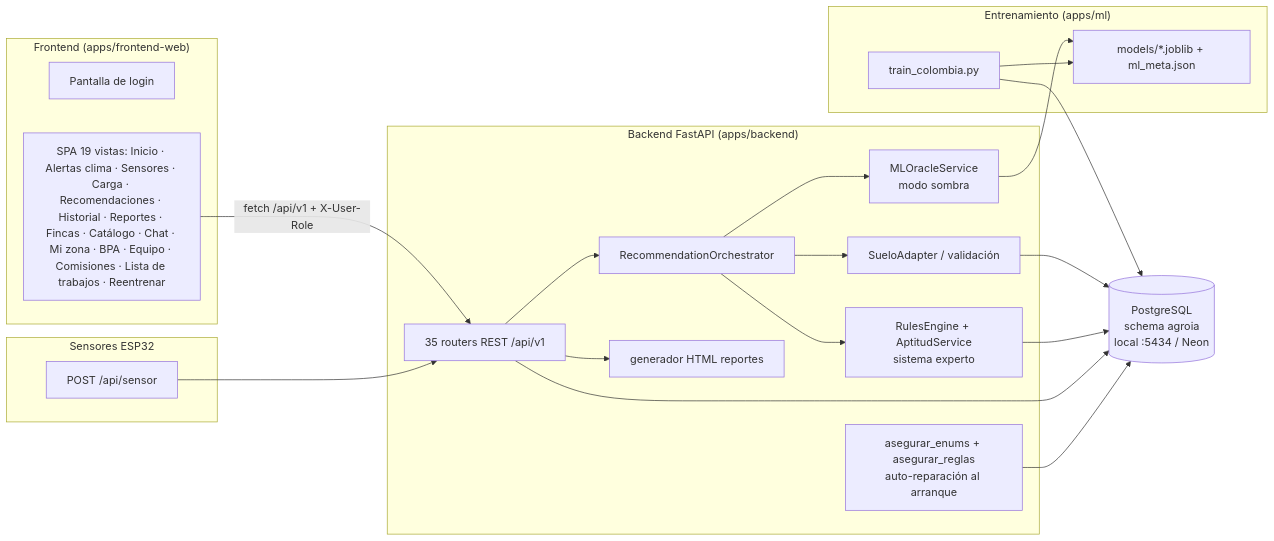
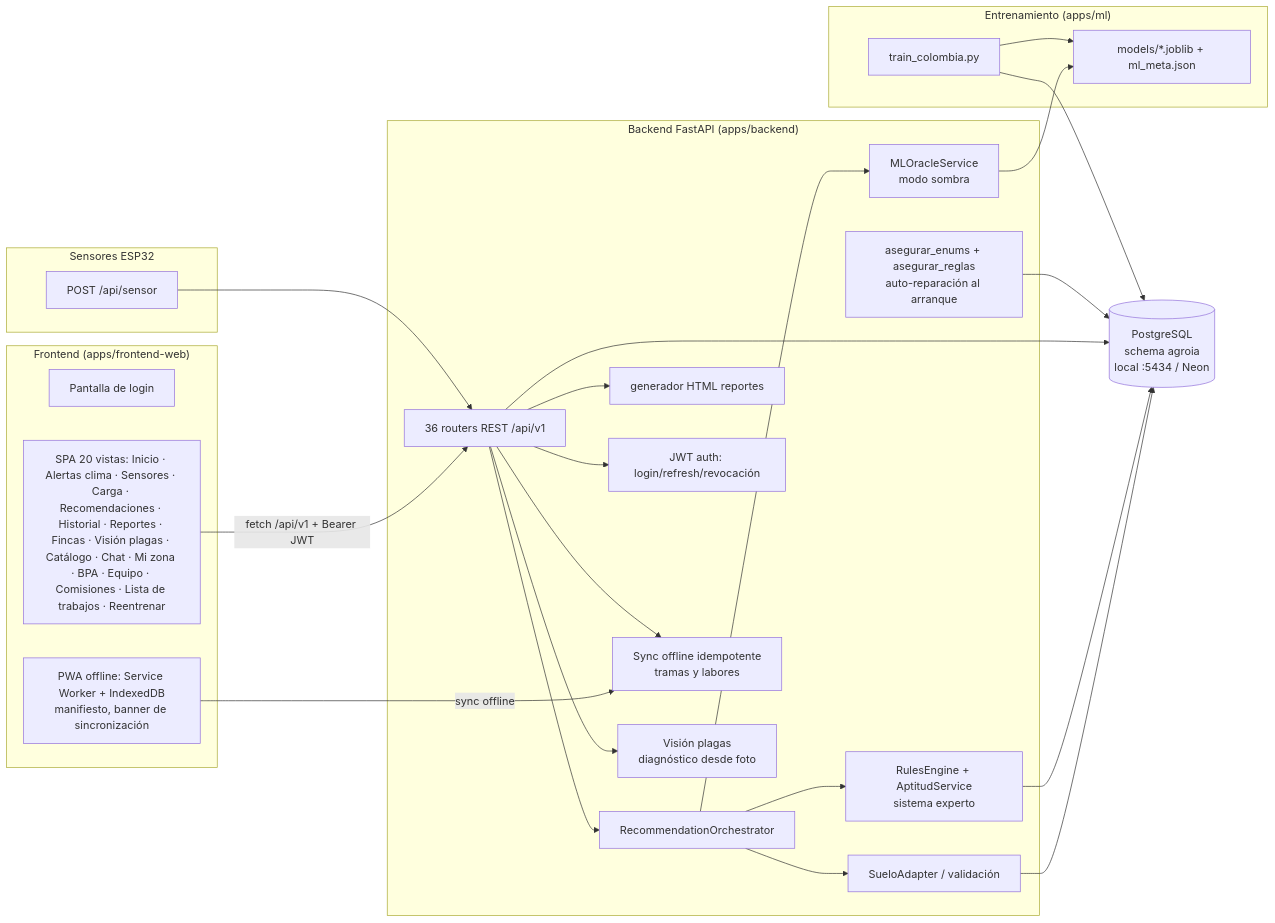
Before and after one commit to erick880709/Agro-ia: the first of 2 diagrams in resources/architecture/Documento_Funcional_Tecnico_AgroIA.md, drawn with Mermaid. The commit also changed other lines of this file and 3 other files, not shown here.

Commit message:
docs(v3.0): documentacion alineada con la aplicacion — JWT, laboratorio ICA, antagonismos, precios de cosecha, PWA offline-first y vision plagas; 36 routers, 42 tablas, migraciones 001-041; pantallas P1c y P12K; depurado include duplicado de ml_router

````diff
--- a/resources/architecture/Documento_Funcional_Tecnico_AgroIA.md
+++ b/resources/architecture/Documento_Funcional_Tecnico_AgroIA.md
@@ -64,36 +64,44 @@
 ```mermaid
 flowchart LR
   subgraph Frontend["Frontend (apps/frontend-web)"]
     LOGIN[Pantalla de login]
-    UI[SPA 19 vistas: Inicio · Alertas clima · Sensores · Carga · Recomendaciones · Historial · Reportes · Fincas · Catálogo · Chat · Mi zona · BPA · Equipo · Comisiones · Lista de trabajos · Reentrenar]
+    UI[SPA 20 vistas: Inicio · Alertas clima · Sensores · Carga · Recomendaciones · Historial · Reportes · Fincas · Visión plagas · Catálogo · Chat · Mi zona · BPA · Equipo · Comisiones · Lista de trabajos · Reentrenar]
+    PWA[PWA offline: Service Worker + IndexedDB<br/>manifiesto, banner de sincronización]
   end
   subgraph Backend["Backend FastAPI (apps/backend)"]
-    API[35 routers REST /api/v1]
+    API[36 routers REST /api/v1]
     ORCH[RecommendationOrchestrator]
     RULES[RulesEngine + AptitudService<br/>sistema experto]
     ML[MLOracleService<br/>modo sombra]
     ADAPTER[SueloAdapter / validación]
     REPORTES[generador HTML reportes]
     ENUMS[asegurar_enums + asegurar_reglas<br/>auto-reparación al arranque]
+    JWT[JWT auth: login/refresh/revocación]
+    SYNC[Sync offline idempotente<br/>tramas y labores]
+    VISION[Visión plagas<br/>diagnóstico desde foto]
   end
   subgraph ML_Train["Entrenamiento (apps/ml)"]
     TRAIN[train_colombia.py]
     ARTIFACTS[models/*.joblib + ml_meta.json]
   end
   subgraph IoT["Sensores ESP32"]
     SENSOR[POST /api/sensor]
   end
   DB[(PostgreSQL<br/>schema agroia<br/>local :5434 / Neon)]
 
-  UI -->|fetch /api/v1 + X-User-Role| API
+  UI -->|fetch /api/v1 + Bearer JWT| API
+  PWA -->|sync offline| SYNC
   SENSOR --> API
   API --> ORCH
+  API --> JWT
+  API --> SYNC
+  API --> VISION
   ORCH --> ADAPTER --> DB
   ORCH --> RULES --> DB
   ORCH --> ML --> ARTIFACTS
   API --> REPORTES
   API --> DB
   TRAIN --> DB
   TRAIN --> ARTIFACTS
   ENUMS --> DB
 ```
````
